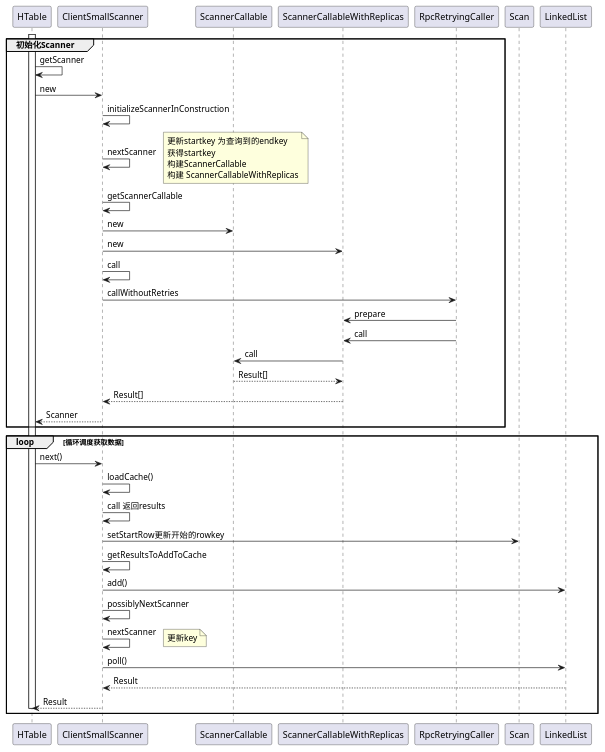
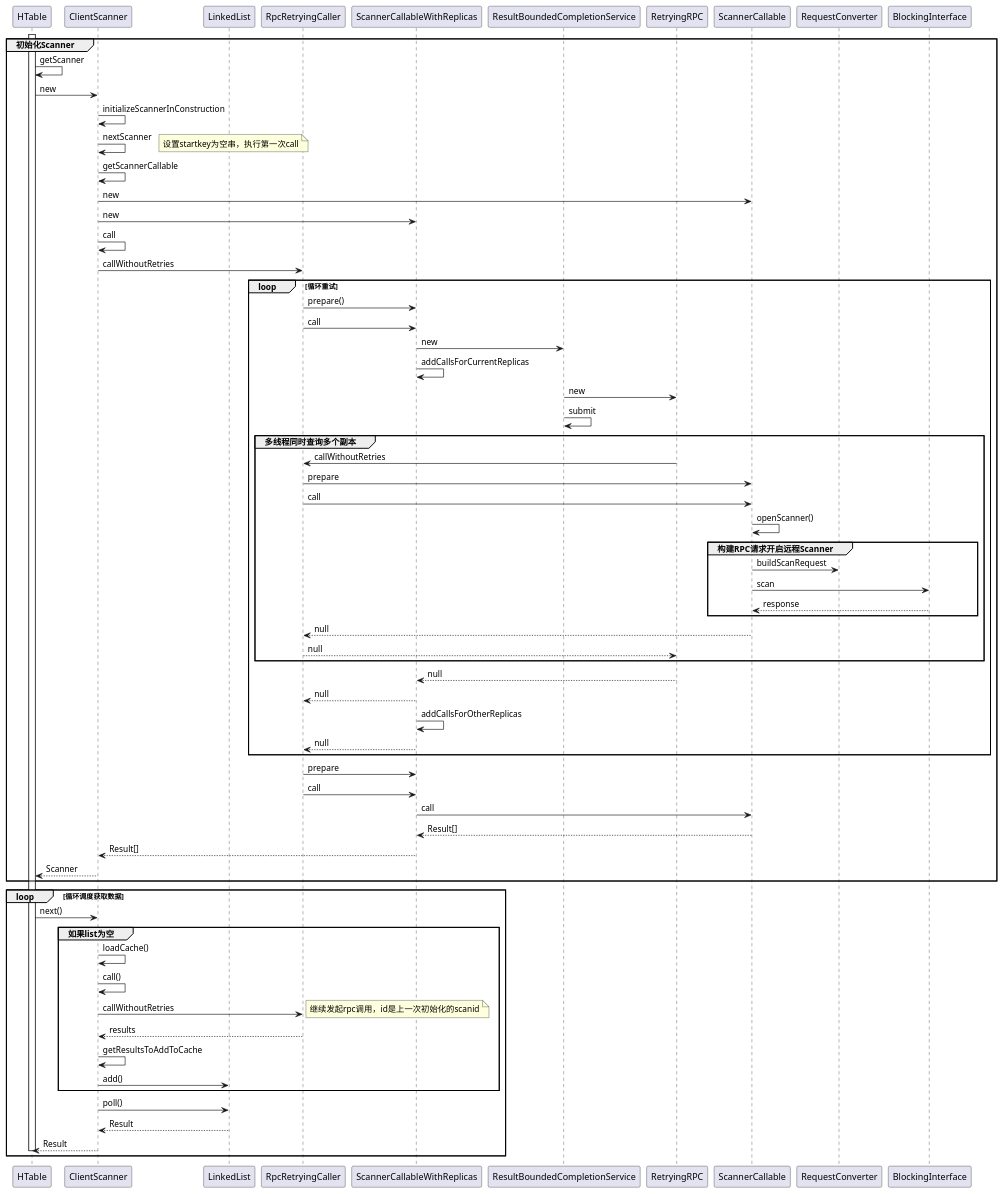
The diagram in puml/HTable_scan.puml (xinghalo/hbase), drawn with PlantUML before and after one commit. The commit also changed other lines of this file and 27 other files, not shown here.

```diff
--- a/puml/HTable_scan.puml
+++ b/puml/HTable_scan.puml
@@ -1,42 +2,77 @@
 @startuml
+participant HTable
+participant ClientScanner
+participant LinkedList
+participant RpcRetryingCaller
+participant ScannerCallableWithReplicas
+participant ResultBoundedCompletionService
+participant RetryingRPC
+participant ScannerCallable
+
 activate HTable
 group 初始化Scanner
 HTable -> HTable : getScanner
-HTable -> ClientSmallScanner: new
-ClientSmallScanner -> ClientSmallScanner: initializeScannerInConstruction
-ClientSmallScanner -> ClientSmallScanner: nextScanner
-note right: 更新startkey 为查询到的endkey\n获得startkey\n构建ScannerCallable\n构建 ScannerCallableWithReplicas
-ClientSmallScanner -> ClientSmallScanner: getScannerCallable
-ClientSmallScanner -> ScannerCallable: new
-ClientSmallScanner -> ScannerCallableWithReplicas: new
-ClientSmallScanner -> ClientSmallScanner: call
-ClientSmallScanner -> RpcRetryingCaller: callWithoutRetries
+HTable -> ClientScanner: new
+ClientScanner -> ClientScanner: initializeScannerInConstruction
+ClientScanner -> ClientScanner: nextScanner
+note right: 设置startkey为空串，执行第一次call
+ClientScanner -> ClientScanner: getScannerCallable
+ClientScanner -> ScannerCallable: new
+ClientScanner -> ScannerCallableWithReplicas: new
+ClientScanner -> ClientScanner: call
+ClientScanner -> RpcRetryingCaller: callWithoutRetries
+loop 循环重试
+RpcRetryingCaller -> ScannerCallableWithReplicas:prepare()
+RpcRetryingCaller -> ScannerCallableWithReplicas:call
+ScannerCallableWithReplicas -> ResultBoundedCompletionService: new
+ScannerCallableWithReplicas -> ScannerCallableWithReplicas: addCallsForCurrentReplicas
+ResultBoundedCompletionService -> RetryingRPC: new
+ResultBoundedCompletionService -> ResultBoundedCompletionService: submit
+group 多线程同时查询多个副本
+RetryingRPC -> RpcRetryingCaller: callWithoutRetries
+RpcRetryingCaller -> ScannerCallable: prepare
+RpcRetryingCaller -> ScannerCallable: call
+ScannerCallable -> ScannerCallable: openScanner()
+group 构建RPC请求开启远程Scanner
+ScannerCallable -> RequestConverter: buildScanRequest
+ScannerCallable -> BlockingInterface: scan
+BlockingInterface --> ScannerCallable: response
+end
+ScannerCallable --> RpcRetryingCaller: null
+RpcRetryingCaller --> RetryingRPC: null
+end
+
+RetryingRPC --> ScannerCallableWithReplicas: null
+ScannerCallableWithReplicas --> RpcRetryingCaller: null
+ScannerCallableWithReplicas -> ScannerCallableWithReplicas: addCallsForOtherReplicas
+ScannerCallableWithReplicas --> RpcRetryingCaller: null
+
+end
+
 RpcRetryingCaller -> ScannerCallableWithReplicas: prepare
 RpcRetryingCaller -> ScannerCallableWithReplicas: call
 ScannerCallableWithReplicas -> ScannerCallable: call
 ScannerCallable --> ScannerCallableWithReplicas: Result[]
-ScannerCallableWithReplicas --> ClientSmallScanner: Result[]
-ClientSmallScanner --> HTable: Scanner
+ScannerCallableWithReplicas --> ClientScanner: Result[]
+ClientScanner --> HTable: Scanner
 end
 
 
 loop 循环调度获取数据
-HTable -> ClientSmallScanner: next()
-ClientSmallScanner -> ClientSmallScanner: loadCache()
-ClientSmallScanner -> ClientSmallScanner: call 返回results
-ClientSmallScanner -> Scan: setStartRow更新开始的rowkey
-ClientSmallScanner -> ClientSmallScanner: getResultsToAddToCache
-ClientSmallScanner -> LinkedList: add()
-ClientSmallScanner -> ClientSmallScanner: possiblyNextScanner
-ClientSmallScanner -> ClientSmallScanner: nextScanner
-note right: 更新key
-
-ClientSmallScanner -> LinkedList: poll()
-LinkedList --> ClientSmallScanner: Result
-
-
-ClientSmallScanner --> HTable: Result
+HTable -> ClientScanner: next()
+group 如果list为空
+ClientScanner -> ClientScanner: loadCache()
+ClientScanner -> ClientScanner: call()
+ClientScanner -> RpcRetryingCaller: callWithoutRetries
+note right: 继续发起rpc调用，id是上一次初始化的scanid
+RpcRetryingCaller --> ClientScanner: results
+ClientScanner -> ClientScanner: getResultsToAddToCache
+ClientScanner -> LinkedList: add()
+end
+ClientScanner -> LinkedList: poll()
+LinkedList --> ClientScanner: Result
+ClientScanner --> HTable: Result
 deactivate HTable
 end
 
 @enduml
```
